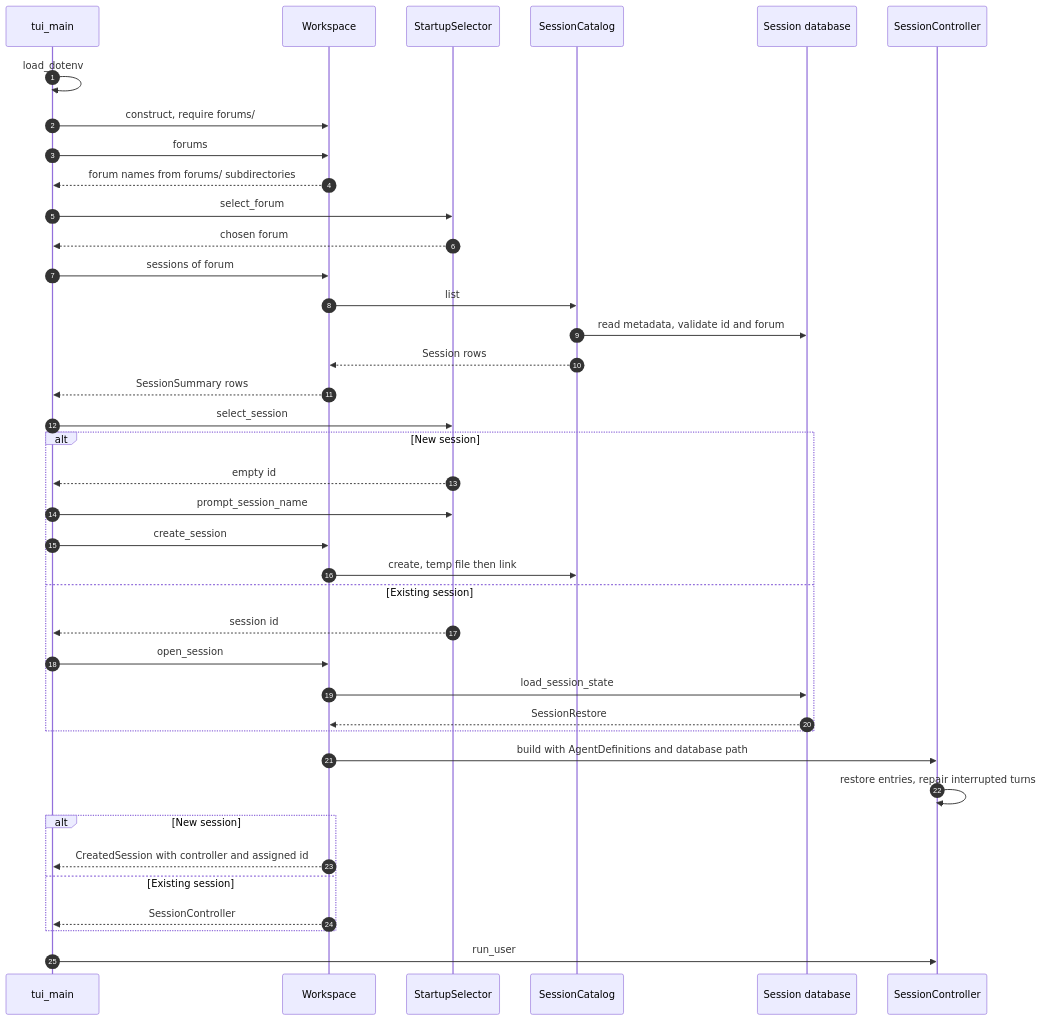
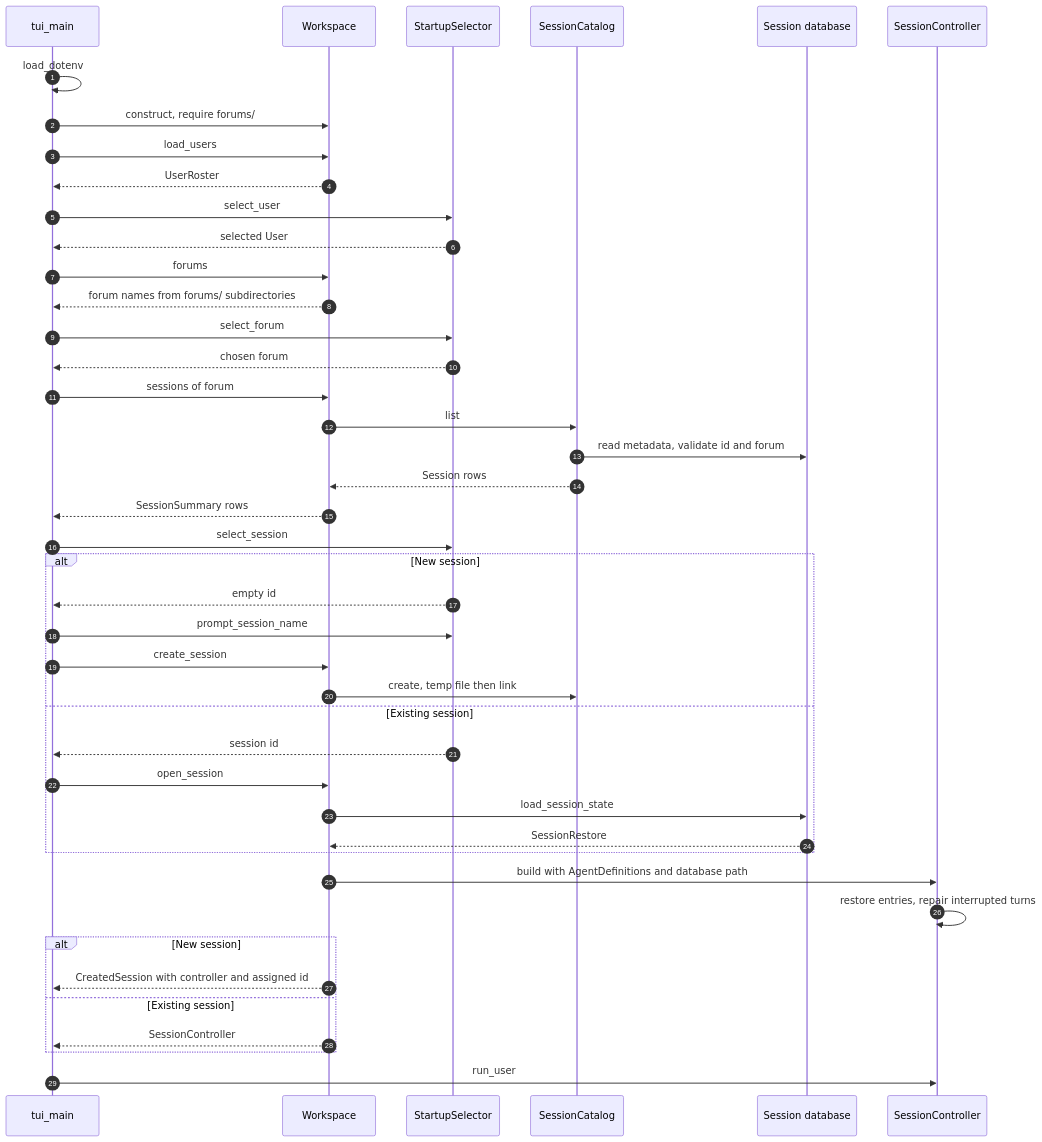
Before and after one commit to michaelpopov/cha: the second of 4 diagrams in src/README.md, drawn with Mermaid. The commit also changed other lines of this file and 8 other files, not shown here.

````diff
--- a/src/README.md
+++ b/src/README.md
@@ -184,42 +188,46 @@
 ```mermaid
 sequenceDiagram
     autonumber
     participant main as tui_main
     participant ws as Workspace
     participant sel as StartupSelector
     participant cat as SessionCatalog
     participant db as Session database
     participant controller as SessionController
 
     main->>main: load_dotenv
     main->>ws: construct, require forums/
+    main->>ws: load_users
+    ws-->>main: UserRoster
+    main->>sel: select_user
+    sel-->>main: selected User
     main->>ws: forums
     ws-->>main: forum names from forums/ subdirectories
     main->>sel: select_forum
     sel-->>main: chosen forum
     main->>ws: sessions of forum
     ws->>cat: list
     cat->>db: read metadata, validate id and forum
     cat-->>ws: Session rows
     ws-->>main: SessionSummary rows
     main->>sel: select_session
     alt New session
         sel-->>main: empty id
         main->>sel: prompt_session_name
         main->>ws: create_session
         ws->>cat: create, temp file then link
     else Existing session
         sel-->>main: session id
         main->>ws: open_session
         ws->>db: load_session_state
         db-->>ws: SessionRestore
     end
     ws->>controller: build with AgentDefinitions and database path
     controller->>controller: restore entries, repair interrupted turns
     alt New session
         ws-->>main: CreatedSession with controller and assigned id
     else Existing session
         ws-->>main: SessionController
     end
     main->>controller: run_user
 ```
````
